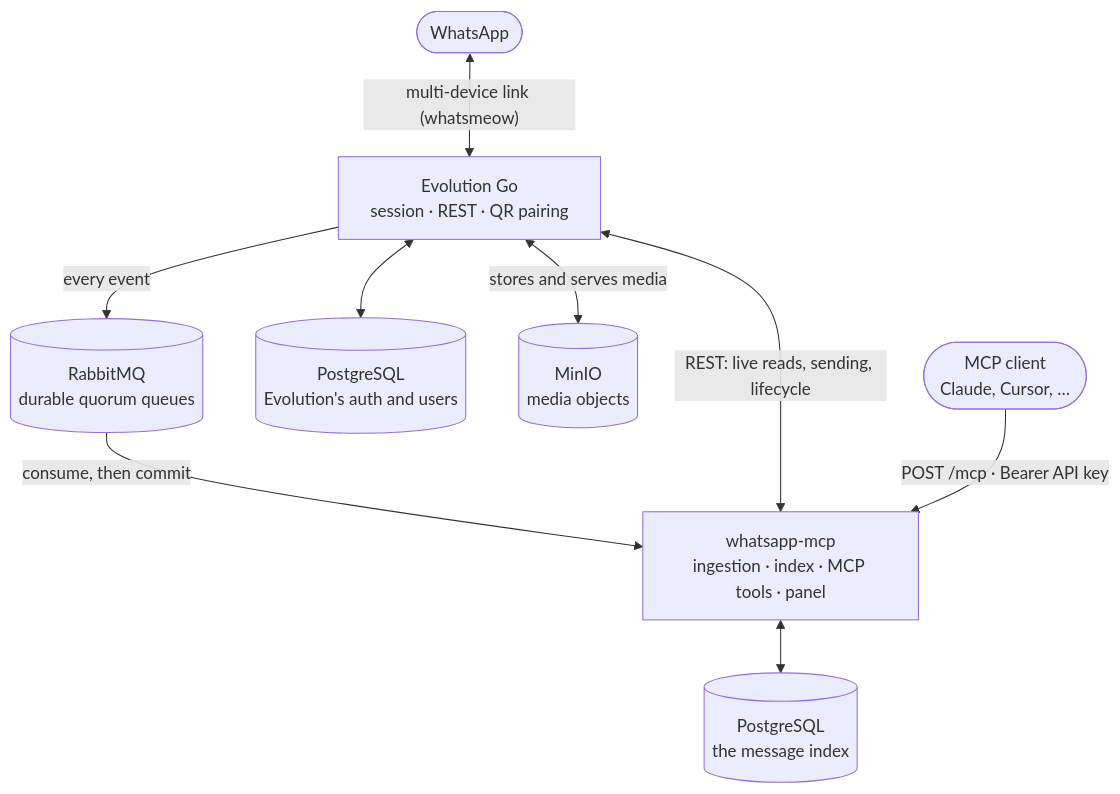
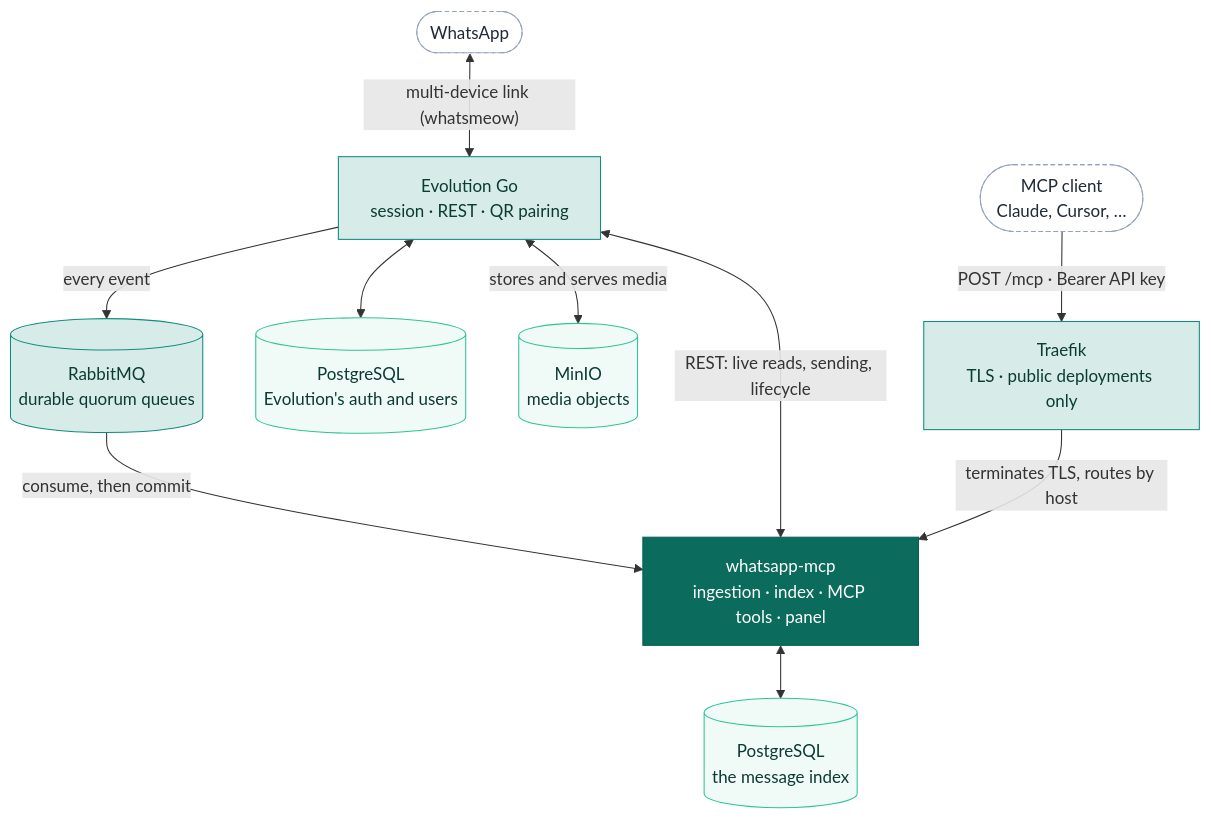
Before and after one commit to BrOrlandi/whatsapp-mcp: the diagram in docs/architecture.md, drawn with Mermaid. The commit also changed other lines of this file and 2 other files, not shown here.

First paragraph of the commit message:
fix(install): stdin is the script, and Traefik could not see the containers
Two failures found by installing on a clean droplet, both of which looked
like success.

````diff
--- a/docs/architecture.md
+++ b/docs/architecture.md
@@ -21,20 +21,35 @@
 ```mermaid
 flowchart TD
     WA(["WhatsApp"])
     EVO["Evolution Go<br/>session · REST · QR pairing"]
     MQ[("RabbitMQ<br/>durable quorum queues")]
     GW["whatsapp-mcp<br/>ingestion · index · MCP tools · panel"]
     DB[("PostgreSQL<br/>the message index")]
     EVODB[("PostgreSQL<br/>Evolution's auth and users")]
     MINIO[("MinIO<br/>media objects")]
+    PROXY["Traefik<br/>TLS · public deployments only"]
     CLIENT(["MCP client<br/>Claude, Cursor, …"])
 
     WA <-->|"multi-device link (whatsmeow)"| EVO
     EVO -->|"every event"| MQ
     MQ -->|"consume, then commit"| GW
     EVO <-->|"REST: live reads, sending, lifecycle"| GW
     EVO <--> EVODB
     EVO <-->|"stores and serves media"| MINIO
     GW <--> DB
-    CLIENT -->|"POST /mcp · Bearer API key"| GW
+    CLIENT -->|"POST /mcp · Bearer API key"| PROXY
+    PROXY -->|"terminates TLS, routes by host"| GW
+
+    %% Fill, stroke and text colour are all set explicitly, because GitHub
+    %% renders this against a light or a dark page and only the values named
+    %% here survive both.
+    classDef repo fill:#0b6b5d,stroke:#075e54,color:#ffffff
+    classDef service fill:#d7ece8,stroke:#128c7e,color:#0b3b34
+    classDef store fill:#f0faf7,stroke:#2ec49a,color:#0b3b34
+    classDef outside fill:#ffffff,stroke:#94a3b8,color:#1f2937,stroke-dasharray:4 3
+
+    class GW repo
+    class EVO,MQ,PROXY service
+    class DB,EVODB,MINIO store
+    class WA,CLIENT outside
 ```
````
